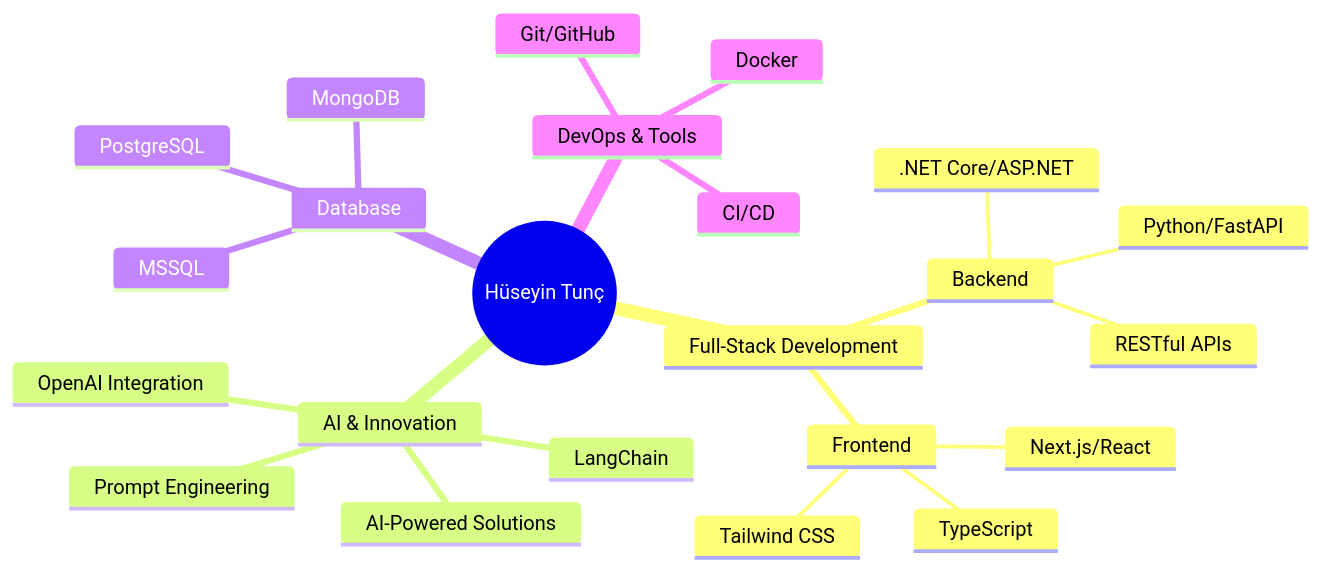
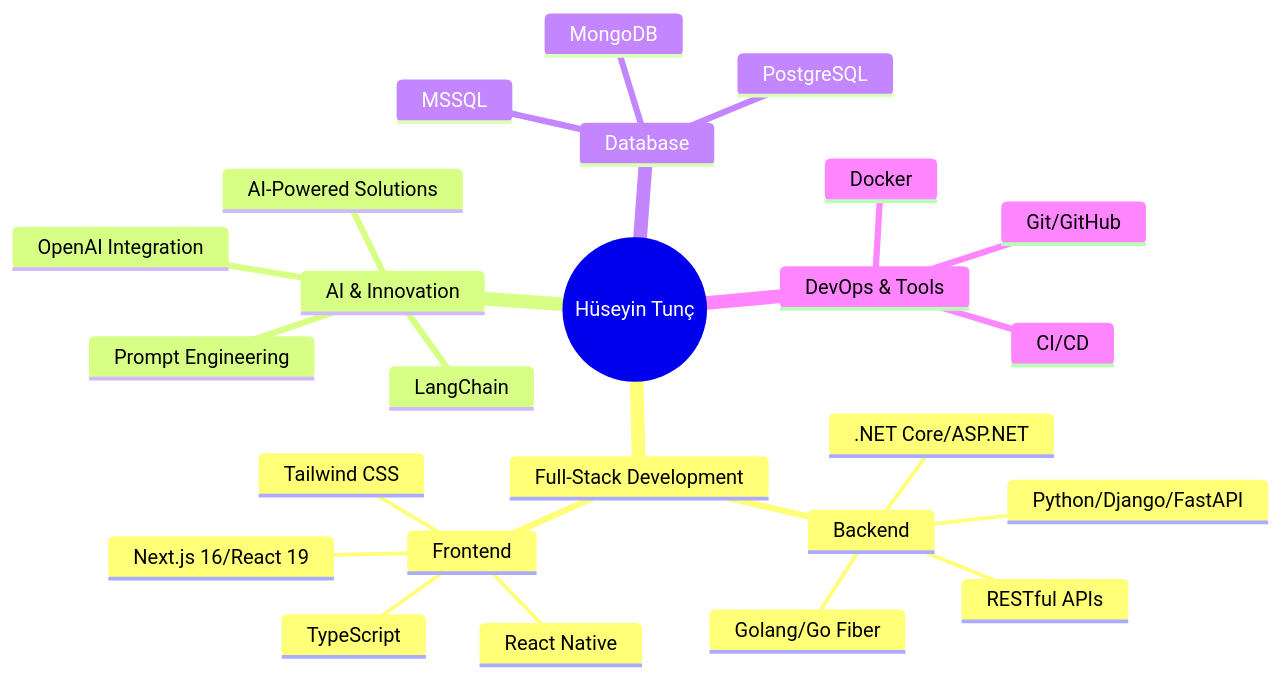
Before and after one commit to htunc29/htunc29: the diagram in README.md, drawn with Mermaid. The commit also changed other lines of this file, not shown here.

````diff
--- a/README.md
+++ b/README.md
@@ -189,26 +223,28 @@
 ```mermaid
 mindmap
   root((Hüseyin Tunç))
     Full-Stack Development
       Backend
         .NET Core/ASP.NET
-        Python/FastAPI
+        Python/Django/FastAPI
+        Golang/Go Fiber
         RESTful APIs
       Frontend
-        Next.js/React
+        Next.js 16/React 19
+        React Native
         TypeScript
         Tailwind CSS
     AI & Innovation
       OpenAI Integration
       LangChain
       Prompt Engineering
       AI-Powered Solutions
     Database
       MongoDB
       MSSQL
       PostgreSQL
     DevOps & Tools
       Git/GitHub
       Docker
       CI/CD
 ```
````
